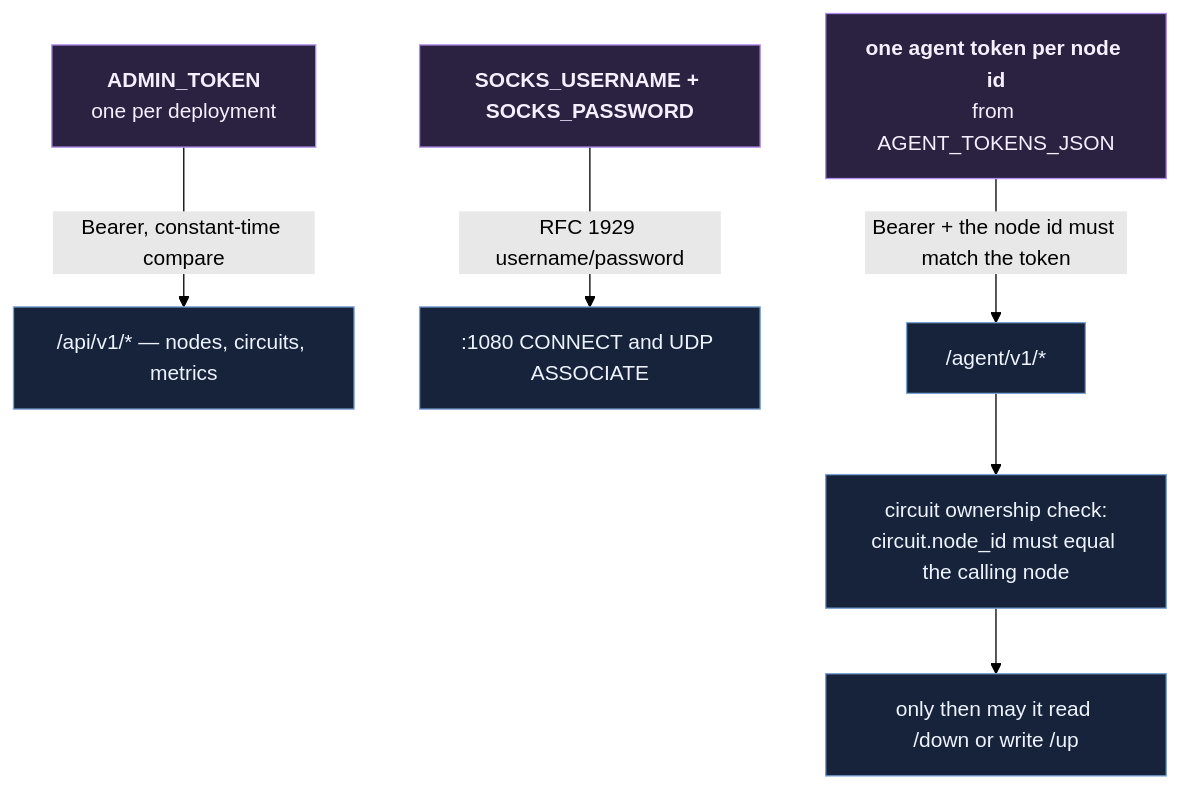
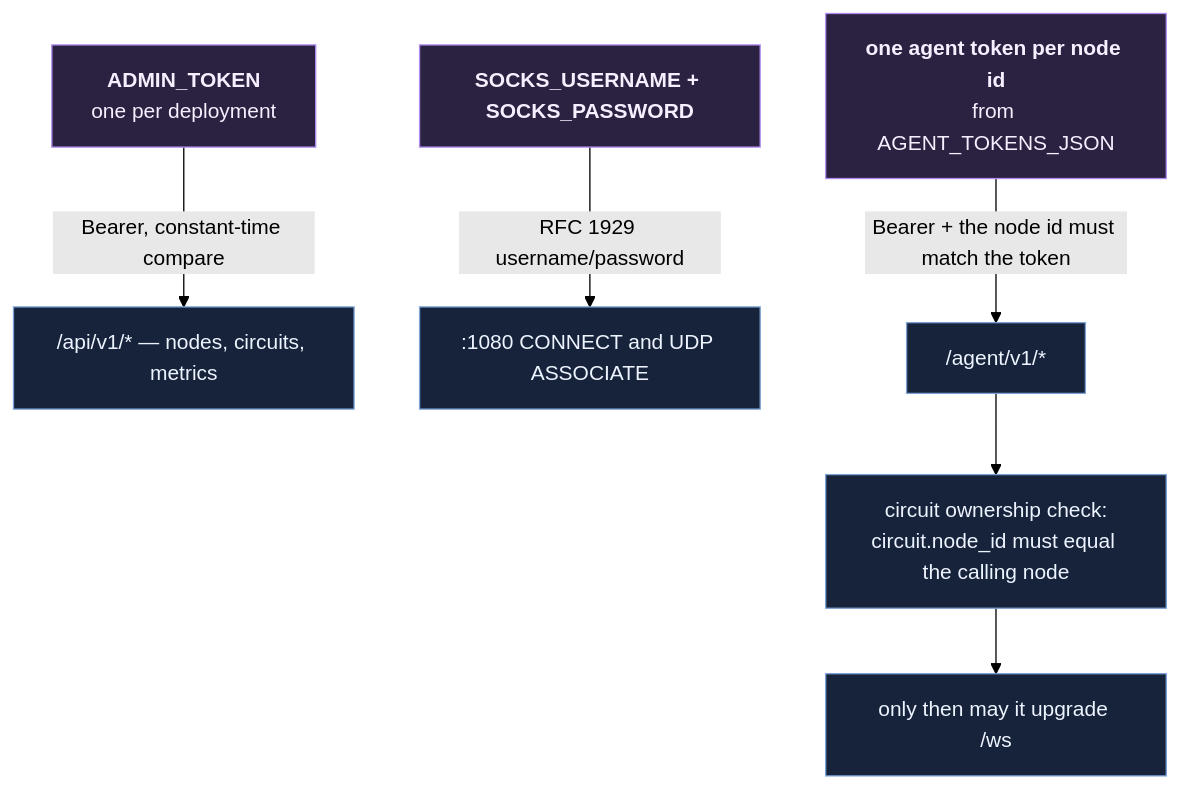
Diagram 11 of 12 in README.md (CesarPetrescu/PocketExit), drawn with Mermaid (forest theme) before and after one commit. The commit also changed other lines of this file and 38 other files, not shown here.

````diff
--- a/README.md
+++ b/README.md
@@ -485,13 +484,13 @@
 ```mermaid
 flowchart TB
     ADMIN["<b>ADMIN_TOKEN</b><br/>one per deployment"] -->|"Bearer, constant-time compare"| API["/api/v1/* — nodes, circuits, metrics"]
     SOCKS["<b>SOCKS_USERNAME + SOCKS_PASSWORD</b>"] -->|"RFC 1929 username/password"| PROXY[":1080 CONNECT and UDP ASSOCIATE"]
     AGENT["<b>one agent token per node id</b><br/>from AGENT_TOKENS_JSON"] -->|"Bearer + the node id must match the token"| EP["/agent/v1/*"]
     EP --> OWN["circuit ownership check:<br/>circuit.node_id must equal the calling node"]
-    OWN --> STREAM["only then may it read /down or write /up"]
+    OWN --> STREAM["only then may it upgrade /ws"]
 
     classDef k fill:#2b2140,stroke:#b18cf0,color:#f5efff
     classDef s fill:#16233a,stroke:#7aa2d6,color:#eef4ff
     class ADMIN,SOCKS,AGENT k
     class API,PROXY,EP,OWN,STREAM s
 ```
````
